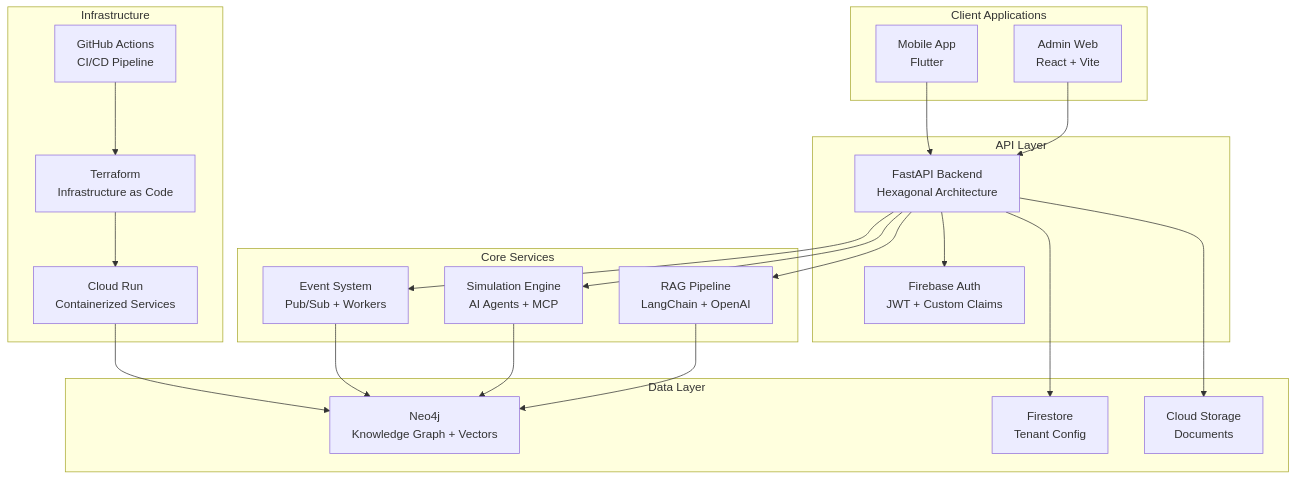
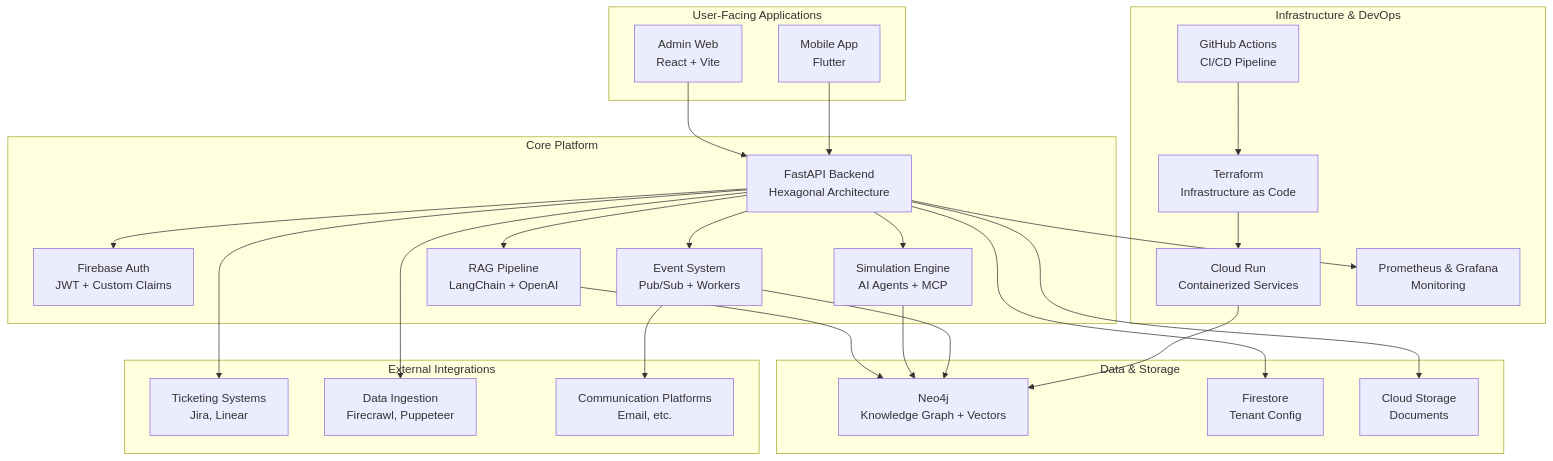
One commit to kpernyer/living-twin-monorep changed the diagram in docs/ARCHITECTURE.md. Above: the diagram before and after it, drawn with Mermaid. The commit also changed other lines of this file and 104 other files, not shown here.

````diff
--- a/docs/ARCHITECTURE.md
+++ b/docs/ARCHITECTURE.md
@@ -20,45 +21,53 @@
 ```mermaid
 graph TB
-    subgraph "Client Applications"
+    subgraph "User-Facing Applications"
         WEB[Admin Web<br/>React + Vite]
         MOBILE[Mobile App<br/>Flutter]
     end
-    
-    subgraph "API Layer"
+
+    subgraph "Core Platform"
         API[FastAPI Backend<br/>Hexagonal Architecture]
         AUTH[Firebase Auth<br/>JWT + Custom Claims]
-    end
-    
-    subgraph "Core Services"
         RAG[RAG Pipeline<br/>LangChain + OpenAI]
         SIM[Simulation Engine<br/>AI Agents + MCP]
         EVENTS[Event System<br/>Pub/Sub + Workers]
     end
-    
-    subgraph "Data Layer"
+
+    subgraph "Data & Storage"
         NEO4J[Neo4j<br/>Knowledge Graph + Vectors]
         FIRESTORE[Firestore<br/>Tenant Config]
         GCS[Cloud Storage<br/>Documents]
     end
-    
-    subgraph "Infrastructure"
+
+    subgraph "Infrastructure & DevOps"
         CLOUDRUN[Cloud Run<br/>Containerized Services]
         TERRAFORM[Terraform<br/>Infrastructure as Code]
         GITHUB[GitHub Actions<br/>CI/CD Pipeline]
+        PROMETHEUS[Prometheus & Grafana<br/>Monitoring]
     end
-    
+
+    subgraph "External Integrations"
+        TICKETING[Ticketing Systems<br/>Jira, Linear]
+        DATA_INGESTION[Data Ingestion<br/>Firecrawl, Puppeteer]
+        COMM_PLATFORMS[Communication Platforms<br/>Email, etc.]
+    end
+
     WEB --> API
     MOBILE --> API
     API --> AUTH
     API --> RAG
     API --> SIM
     API --> EVENTS
     RAG --> NEO4J
     SIM --> NEO4J
     EVENTS --> NEO4J
     API --> FIRESTORE
     API --> GCS
     CLOUDRUN --> NEO4J
     TERRAFORM --> CLOUDRUN
     GITHUB --> TERRAFORM
+    API --> PROMETHEUS
+    API --> TICKETING
+    API --> DATA_INGESTION
+    EVENTS --> COMM_PLATFORMS
 ```
````
